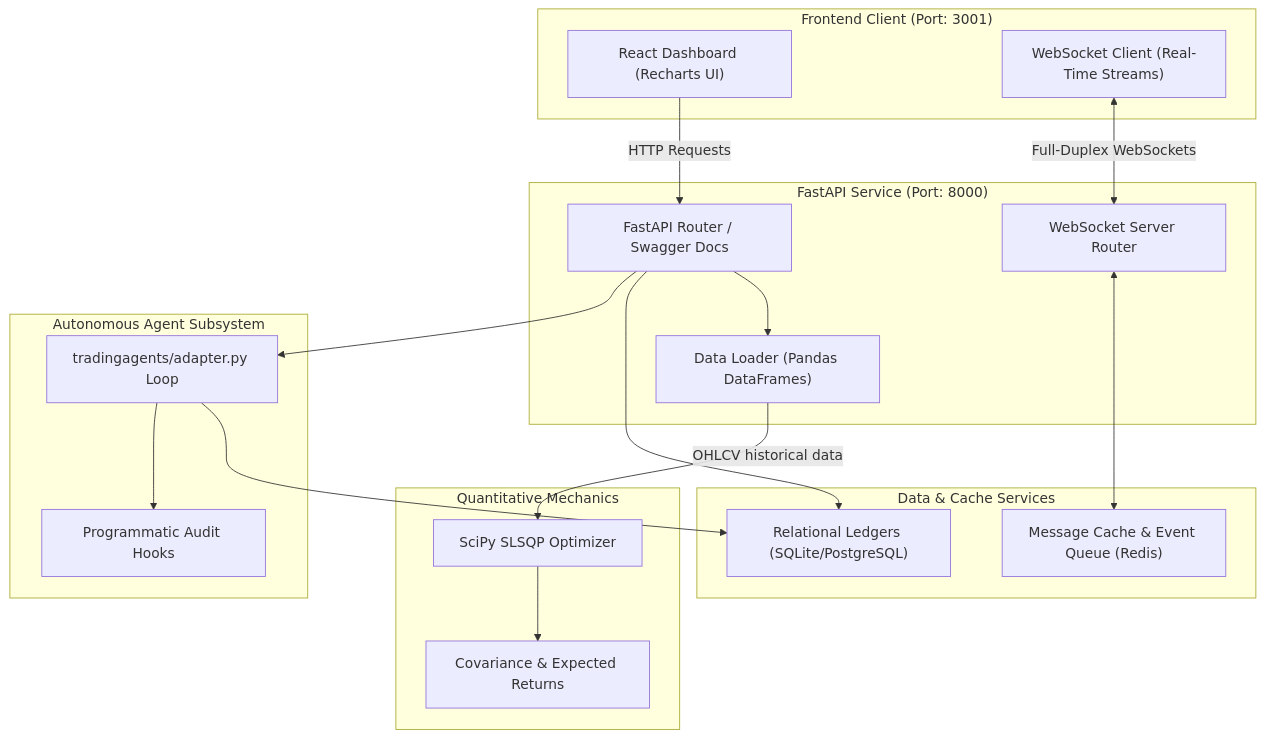
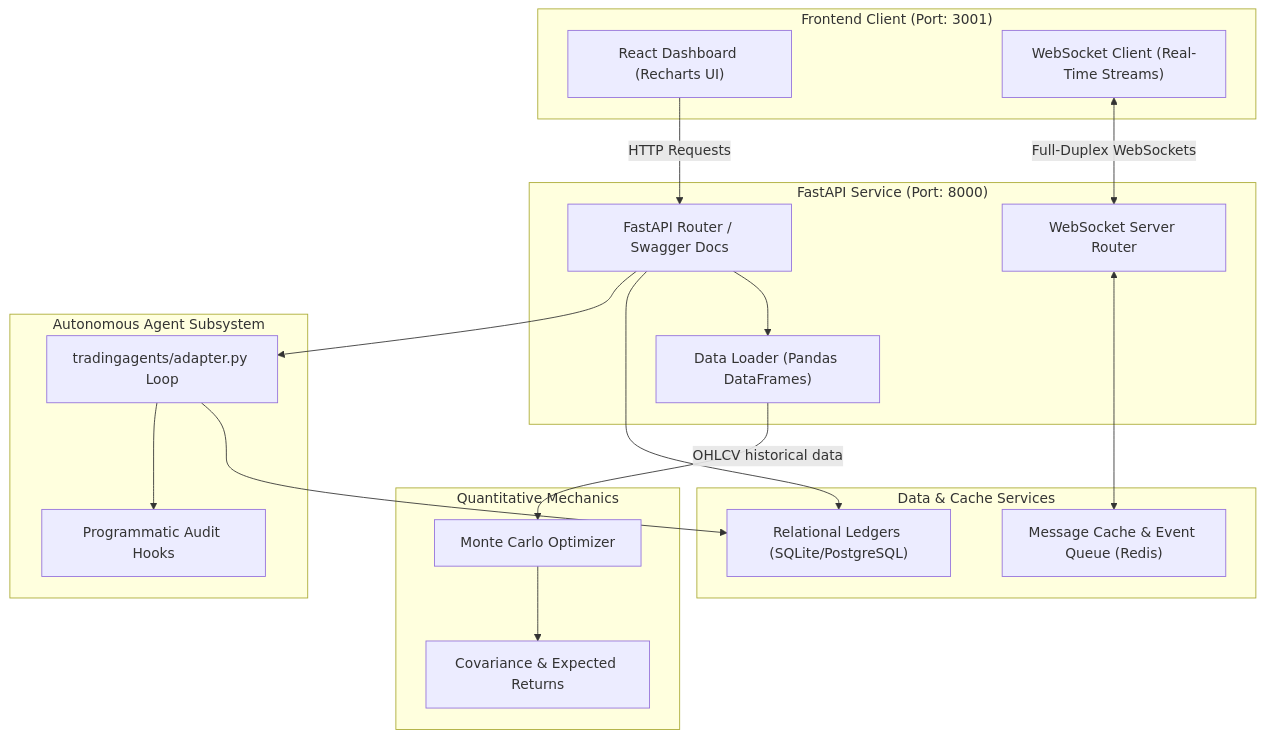
Before and after one commit to VenkataVinesh/Veltrix: the diagram in README.md, drawn with Mermaid. The commit also changed other lines of this file, not shown here.

````diff
--- a/README.md
+++ b/README.md
@@ -21,57 +27,57 @@
 ```mermaid
 graph TD
     %% Styling
     classDef client fill:#0f172a,stroke:#38bdf8,stroke-width:2px,color:#f8fafc;
     classDef server fill:#0f172a,stroke:#0d9488,stroke-width:2px,color:#f8fafc;
     classDef agent fill:#0f172a,stroke:#f59e0b,stroke-width:2px,color:#f8fafc;
     classDef db fill:#0f172a,stroke:#6366f1,stroke-width:2px,color:#f8fafc;
     classDef math fill:#0f172a,stroke:#ec4899,stroke-width:2px,color:#f8fafc;
 
     subgraph ClientLayer ["Frontend Client (Port: 3001)"]
         UI["React Dashboard (Recharts UI)"]
         WSClient["WebSocket Client (Real-Time Streams)"]
     end
     
     subgraph ServerLayer ["FastAPI Service (Port: 8000)"]
         Router["FastAPI Router / Swagger Docs"]
         WSServer["WebSocket Server Router"]
         Loader["Data Loader (Pandas DataFrames)"]
     end
 
     subgraph OptimizationLayer ["Quantitative Mechanics"]
-        SciPy["SciPy SLSQP Optimizer"]
+        Solver["Monte Carlo Optimizer"]
         Stats["Covariance & Expected Returns"]
     end
 
     subgraph AgentLayer ["Autonomous Agent Subsystem"]
         Loop["tradingagents/adapter.py Loop"]
         Audit["Programmatic Audit Hooks"]
     end
 
     subgraph StorageLayer ["Data & Cache Services"]
         SQL["Relational Ledgers (SQLite/PostgreSQL)"]
         Redis["Message Cache & Event Queue (Redis)"]
     end
 
     %% Relations
     UI -->|HTTP Requests| Router
     WSClient <-->|Full-Duplex WebSockets| WSServer
     
     Router --> Loader
-    Loader -->|OHLCV historical data| SciPy
-    SciPy --> Stats
+    Loader -->|OHLCV historical data| Solver
+    Solver --> Stats
     
     Router --> SQL
     Loop --> SQL
     WSServer <--> Redis
     
     Loop --> Audit
     Router --> Loop
     
     %% Apply Styling
     class UI,WSClient ClientLayer;
     class Router,WSServer,Loader ServerLayer;
     class Loop,Audit AgentLayer;
     class SQL,Redis StorageLayer;
-    class SciPy,Stats OptimizationLayer;
+    class Solver,Stats OptimizationLayer;
 ```
````
